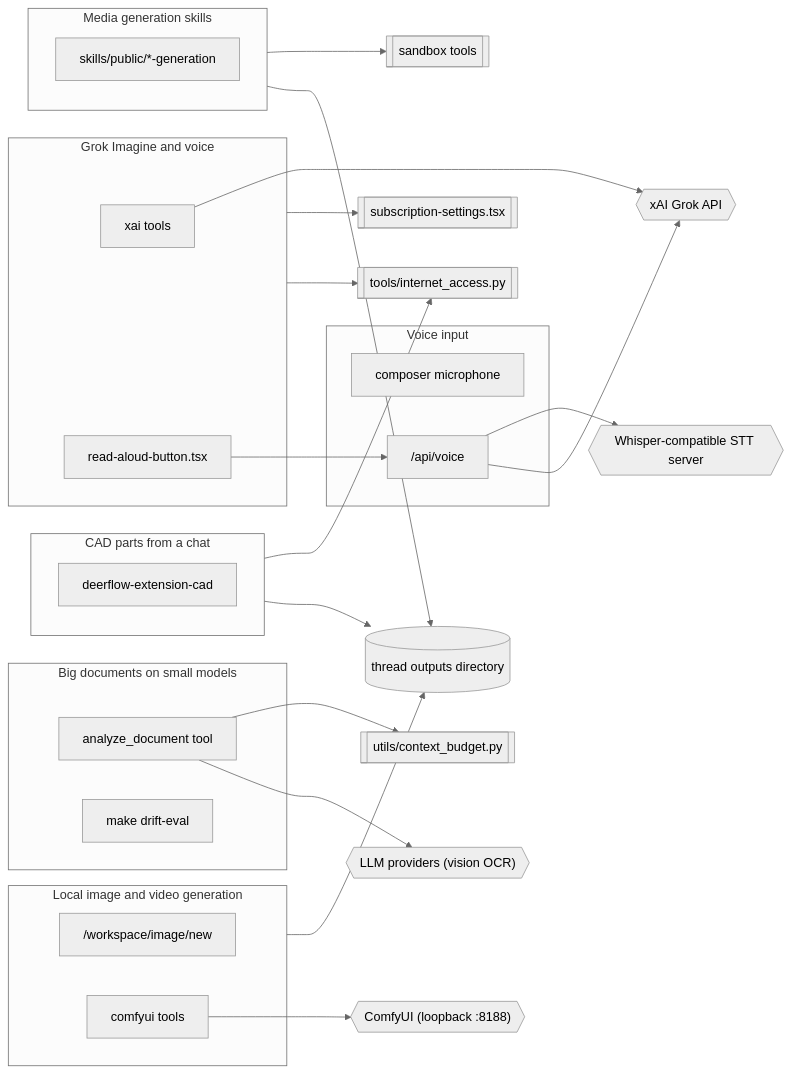
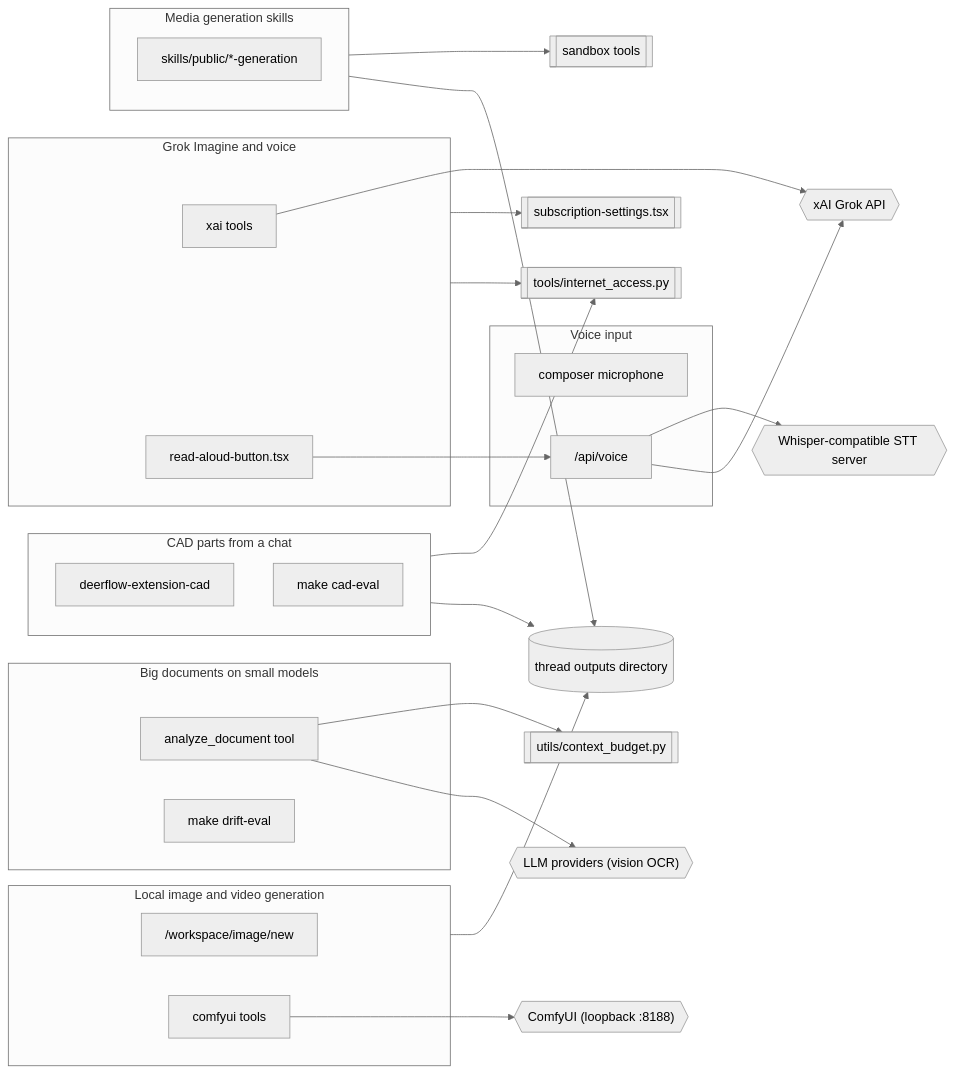
Before and after one commit to ivan-skvorc/AI-at-home: the diagram in docs/repo-map/generation-and-media.md, drawn with Mermaid (neutral theme). The commit also changed other lines of this file and 237 other files, not shown here.

First line of the commit message:
feat(cad): CAD roadmap reworked and implemented (#172)

````diff
--- a/docs/repo-map/generation-and-media.md
+++ b/docs/repo-map/generation-and-media.md
@@ -3,48 +3,49 @@
 ```mermaid
 flowchart LR
   subgraph img [Local image and video generation]
     imgPage["/workspace/image/new"]
     comfyTools["comfyui tools"]
   end
   subgraph grok [Grok Imagine and voice]
     xaiTools["xai tools"]
     readAloud["read-aloud-button.tsx"]
   end
   subgraph voice [Voice input]
     mic["composer microphone"]
     voiceApi["/api/voice"]
   end
   subgraph cad [CAD parts from a chat]
     cadExt["deerflow-extension-cad"]
+    cadEval["make cad-eval"]
   end
   subgraph bigdoc [Big documents on small models]
     analyze["analyze_document tool"]
     driftEval["make drift-eval"]
   end
   subgraph media [Media generation skills]
     mediaSkills["skills/public/*-generation"]
   end
   subsSettings[["subscription-settings.tsx"]]
   internetPy[["tools/internet_access.py"]]
   contextBudget[["utils/context_budget.py"]]
   sandbox[["sandbox tools"]]
   comfy{{"ComfyUI (loopback :8188)"}}
   xai{{"xAI Grok API"}}
   whisper{{"Whisper-compatible STT server"}}
   llm{{"LLM providers (vision OCR)"}}
   outputs[("thread outputs directory")]
   comfyTools --> comfy
   xaiTools --> xai
   readAloud --> voiceApi
   voiceApi --> whisper
   voiceApi --> xai
   grok --> subsSettings
   cad --> internetPy
   grok --> internetPy
   analyze --> contextBudget
   analyze --> llm
   img --> outputs
   cad --> outputs
   media --> sandbox
   media --> outputs
 ```
````
